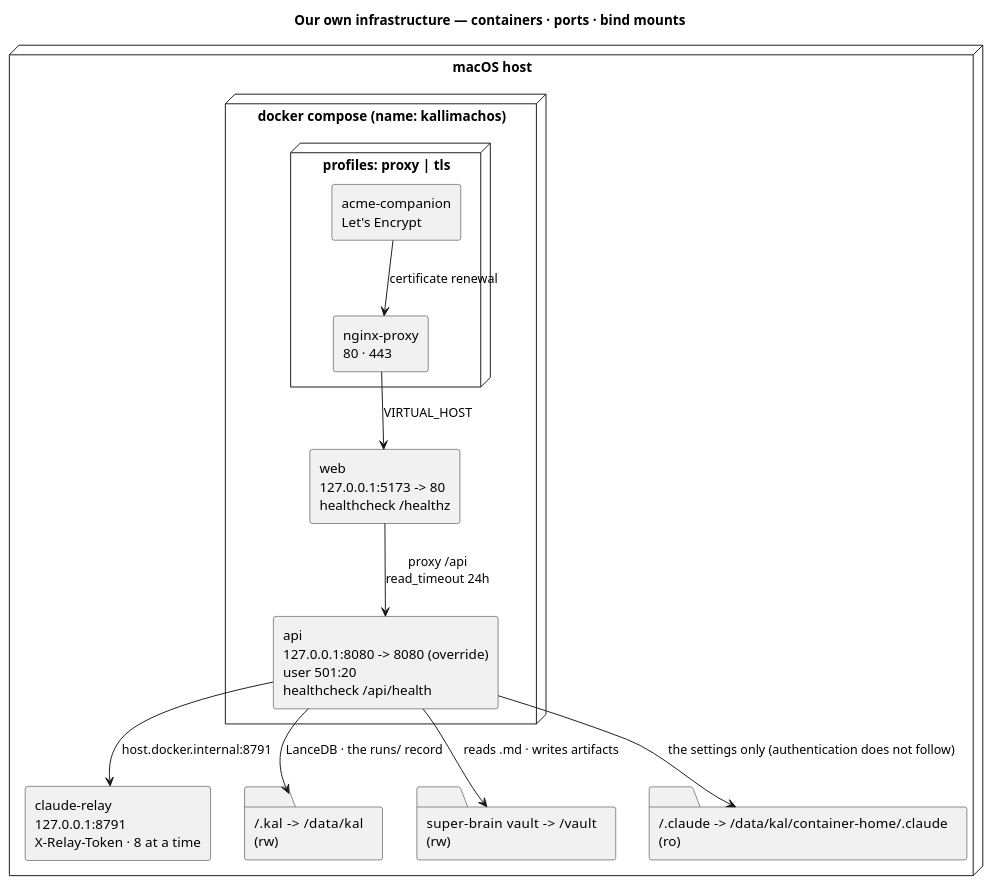
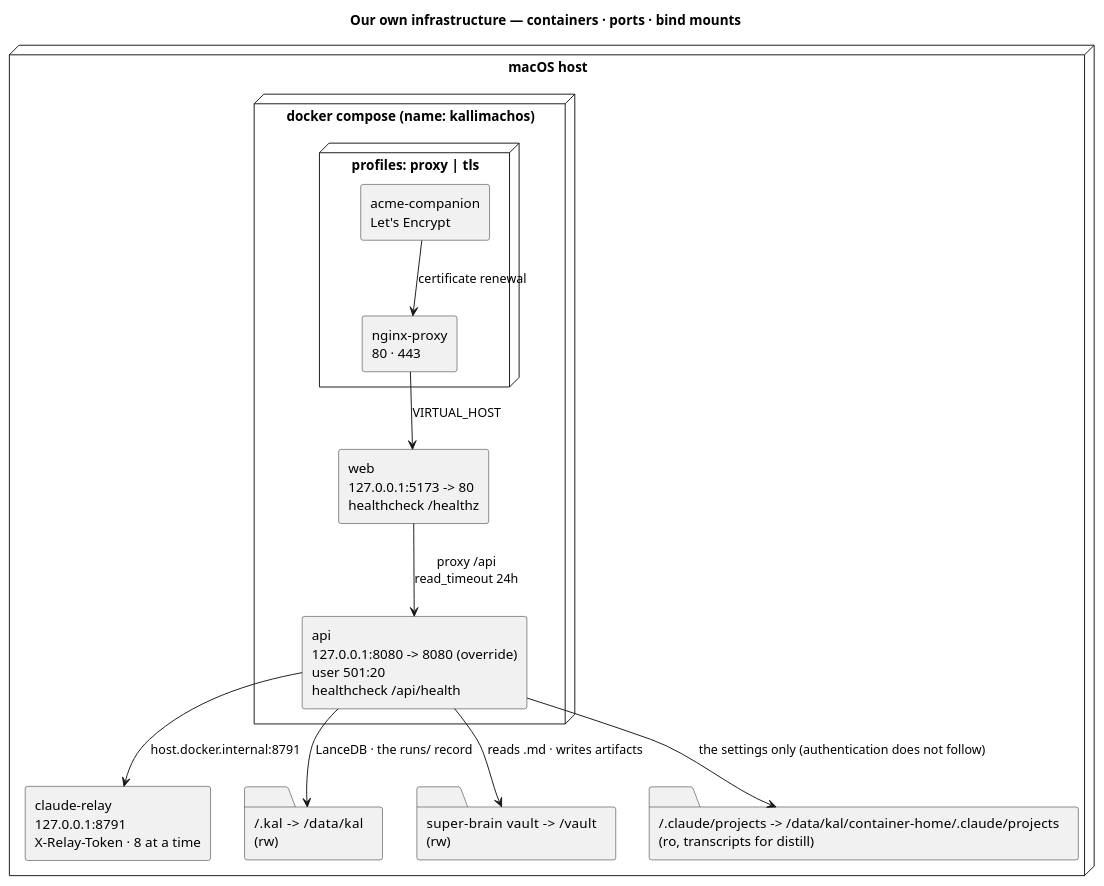
The third of 12 diagrams in docs/ARCHITECTURE.md (HwangTaehyun/kallimachos), drawn with PlantUML before and after one commit. The commit also changed 6 other files, not shown here.

````diff
--- a/docs/ARCHITECTURE.md
+++ b/docs/ARCHITECTURE.md
@@ -121,33 +121,33 @@
 ```plantuml
 @startuml
 title Our own infrastructure — containers · ports · bind mounts
 
 skinparam componentStyle rectangle
 
 node "macOS host" {
 
   node "docker compose (name: kallimachos)" {
     component "web\n127.0.0.1:5173 -> 80\nhealthcheck /healthz" as WEB
     component "api\n127.0.0.1:8080 -> 8080 (override)\nuser 501:20\nhealthcheck /api/health" as API
     node "profiles: proxy | tls" {
       component "nginx-proxy\n80 · 443" as PROXY
       component "acme-companion\nLet's Encrypt" as ACME
     }
   }
 
   component "claude-relay\n127.0.0.1:8791\nX-Relay-Token · 8 at a time" as RELAY
 
   folder "~/.kal  ->  /data/kal\n(rw)" as KAL
   folder "super-brain vault  ->  /vault\n(rw)" as VAULT
-  folder "~/.claude  ->  /data/kal/container-home/.claude\n(ro)" as CLAUDE
+  folder "~/.claude/projects  ->  /data/kal/container-home/.claude/projects\n(ro, transcripts for distill)" as CLAUDE
 }
 
 WEB --> API : proxy /api\nread_timeout 24h
 API --> KAL : LanceDB · the runs/ record
 API --> VAULT : reads .md · writes artifacts
 API --> CLAUDE : the settings only (authentication does not follow)
 API --> RELAY : host.docker.internal:8791
 PROXY --> WEB : VIRTUAL_HOST
 ACME --> PROXY : certificate renewal
 @enduml
 ```
````
